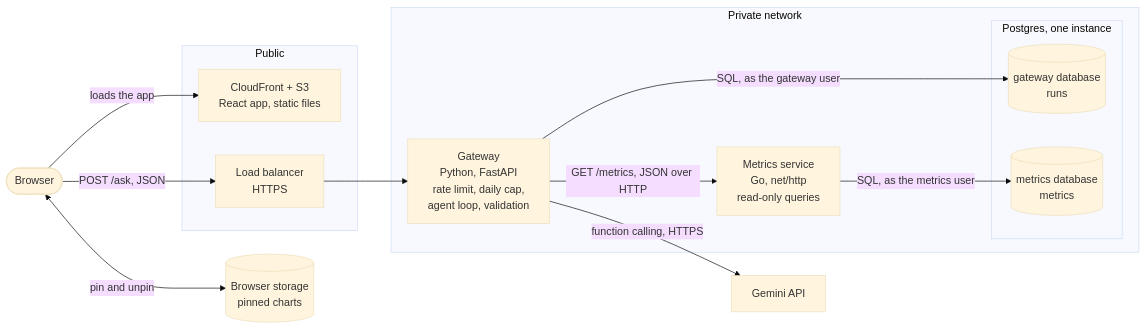
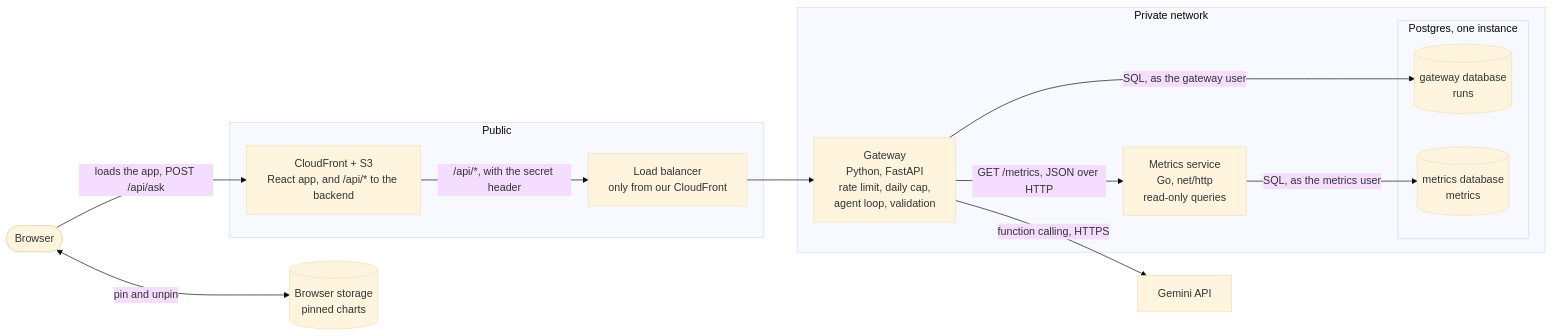
Before and after one commit to vovadyach/dashgen: the second of 5 diagrams in docs/design.md, drawn with Mermaid (base theme). The commit also changed other lines of this file and 3 other files, not shown here.

Commit message:
docs: CloudFront as the front door with no domain (ADR-0003); lock the load balancer to our CloudFront

````diff
--- a/docs/design.md
+++ b/docs/design.md
@@ -117,29 +117,29 @@
 ```mermaid
 flowchart LR
     browser(["Browser"])
     pins[("Browser storage<br/>pinned charts")]
     gemini["Gemini API"]
 
     subgraph public ["Public"]
-        cdn["CloudFront + S3<br/>React app, static files"]
-        alb["Load balancer<br/>HTTPS"]
+        cdn["CloudFront + S3<br/>React app, and /api/* to the backend"]
+        alb["Load balancer<br/>only from our CloudFront"]
     end
 
     subgraph private ["Private network"]
         gateway["Gateway<br/>Python, FastAPI<br/>rate limit, daily cap,<br/>agent loop, validation"]
         metrics["Metrics service<br/>Go, net/http<br/>read-only queries"]
         subgraph pg ["Postgres, one instance"]
             gwdb[("gateway database<br/>runs")]
             mdb[("metrics database<br/>metrics")]
         end
     end
 
-    browser -->|"loads the app"| cdn
-    browser -->|"POST /ask, JSON"| alb
+    browser -->|"loads the app, POST /api/ask"| cdn
+    cdn -->|"/api/*, with the secret header"| alb
     browser <-->|"pin and unpin"| pins
     alb --> gateway
     gateway -->|"GET /metrics, JSON over HTTP"| metrics
     gateway -->|"function calling, HTTPS"| gemini
     gateway -->|"SQL, as the gateway user"| gwdb
     metrics -->|"SQL, as the metrics user"| mdb
 ```
````
